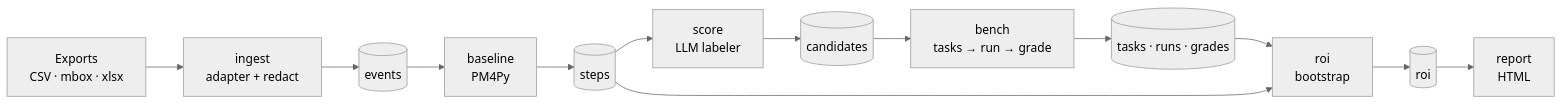
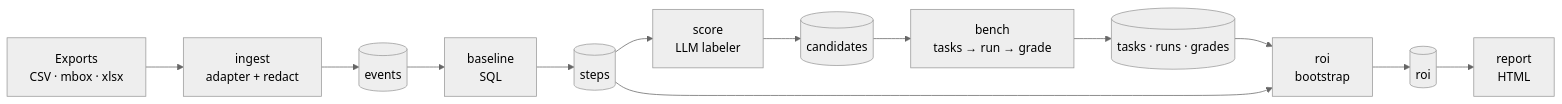
The diagram in docs/architecture.md (PrashnaLabs/evenpoint), drawn with Mermaid (neutral theme) before and after one commit. The commit also changed other lines of this file and 3 other files, not shown here.

Commit message:
docs: sync architecture, class diagram, overview and README with v0 implementation

````diff
--- a/docs/architecture.md
+++ b/docs/architecture.md
@@ -33,15 +32,15 @@
 ```mermaid
 flowchart LR
   A[Exports<br/>CSV · mbox · xlsx] --> B[ingest<br/>adapter + redact]
   B --> C[(events)]
-  C --> D[baseline<br/>PM4Py]
+  C --> D[baseline<br/>SQL]
   D --> E[(steps)]
   E --> F[score<br/>LLM labeler]
   F --> G[(candidates)]
   G --> H[bench<br/>tasks → run → grade]
   H --> I[(tasks · runs · grades)]
   I --> J[roi<br/>bootstrap]
   E --> J
   J --> K[(roi)]
   K --> L[report<br/>HTML]
 ```
````
